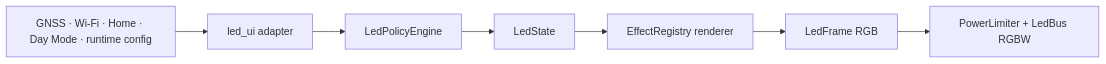
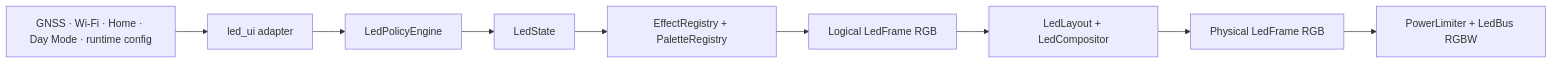
The third of 3 diagrams in docs/architecture.md (bultodepapas/Dog-RGB), drawn with Mermaid before and after one commit. The commit also changed other lines of this file and 44 other files, not shown here.

````diff
--- a/docs/architecture.md
+++ b/docs/architecture.md
@@ -163,9 +165,11 @@
 ```mermaid
 flowchart LR
     DOMAIN[GNSS · Wi-Fi · Home · Day Mode · runtime config] --> ADAPTER[led_ui adapter]
     ADAPTER --> POLICY[LedPolicyEngine]
     POLICY --> STATE[LedState]
-    STATE --> RENDER[EffectRegistry renderer]
-    RENDER --> FRAME[LedFrame RGB]
-    FRAME --> BUS[PowerLimiter + LedBus RGBW]
+    STATE --> RENDER[EffectRegistry + PaletteRegistry]
+    RENDER --> LOGICAL[Logical LedFrame RGB]
+    LOGICAL --> COMP[LedLayout + LedCompositor]
+    COMP --> PHYSICAL[Physical LedFrame RGB]
+    PHYSICAL --> BUS[PowerLimiter + LedBus RGBW]
 ```
````
